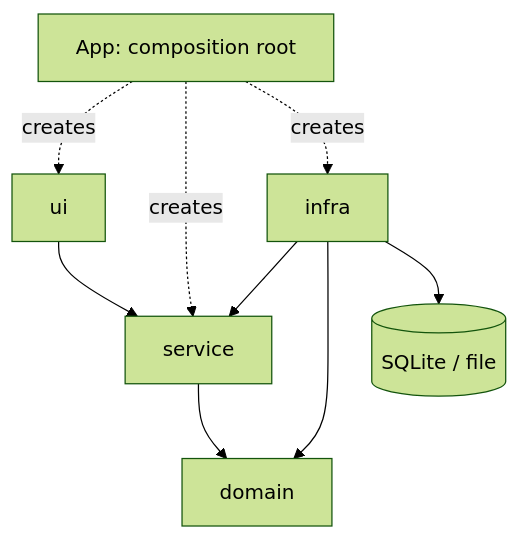
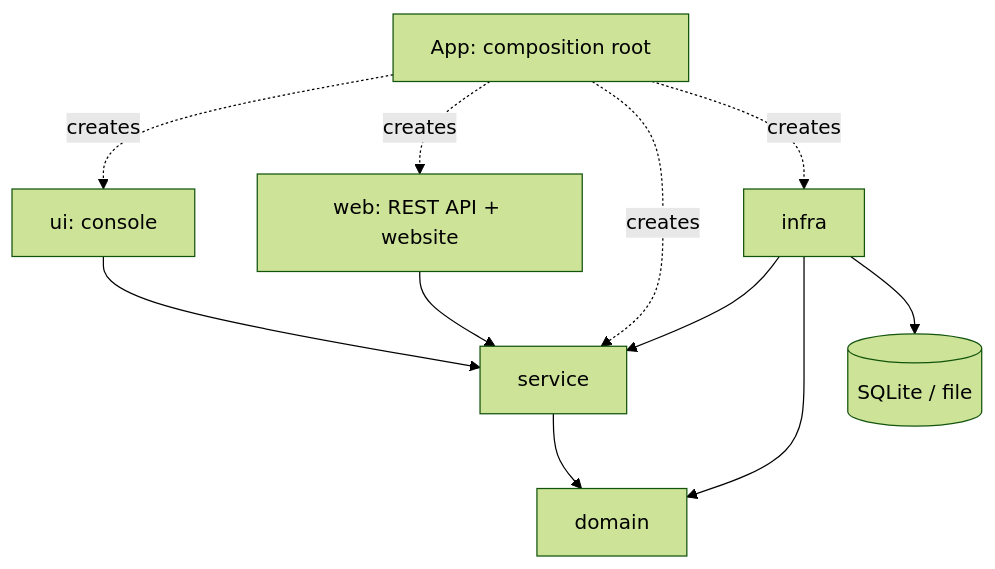
One commit to miladmalikzada/smart-dormitory-services changed the eighth of 9 diagrams in docs/UML.md. Above: the diagram before and after it, drawn with Mermaid (forest theme). The commit also changed other lines of this file and 8 other files, not shown here.

Commit message:
docs: add API docs, UML, research and defence checklist

````diff
--- a/docs/UML.md
+++ b/docs/UML.md
@@ -249,8 +249,9 @@
 ```mermaid
 flowchart TB
-  UI[ui] --> SERVICE[service] --> DOMAIN[domain]
+  UI[ui: console] --> SERVICE[service] --> DOMAIN[domain]
+  WEB[web: REST API + website] --> SERVICE
   INFRA[infra] --> SERVICE
   INFRA --> DOMAIN
   INFRA --> DB[("SQLite / file")]
-  APP["App: composition root"] -.creates.-> UI & SERVICE & INFRA
+  APP["App: composition root"] -.creates.-> UI & WEB & SERVICE & INFRA
 ```
````
